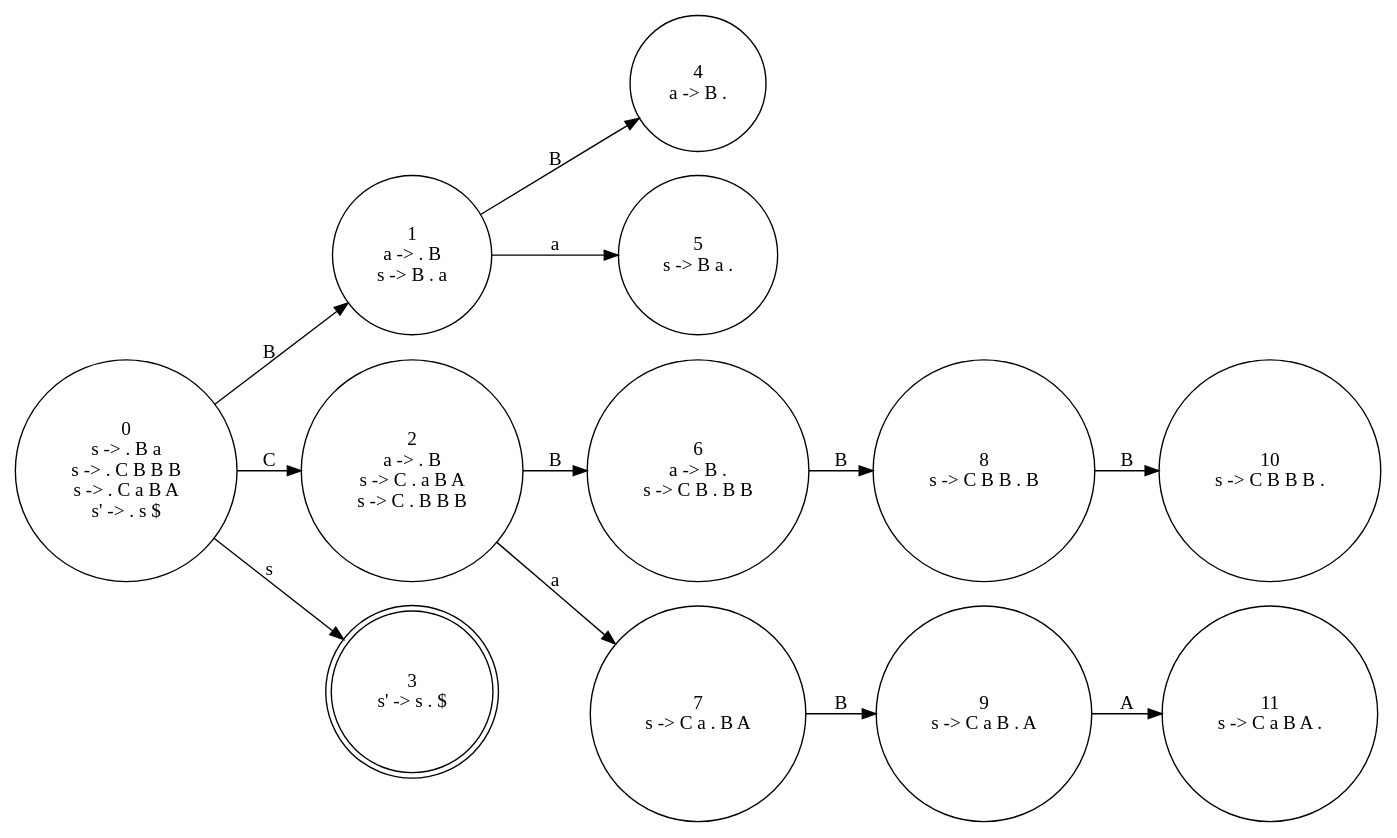
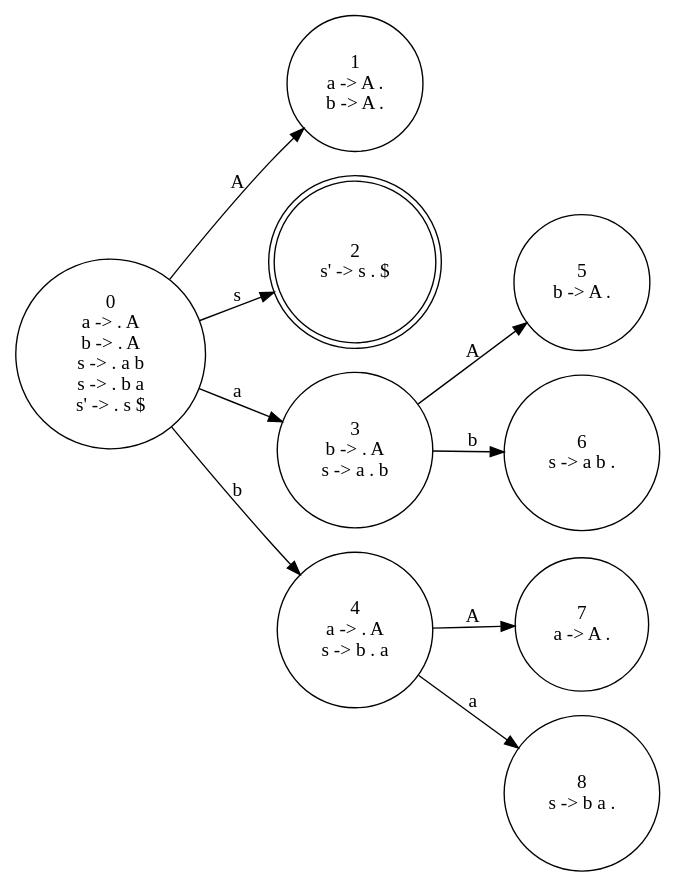
The diagram in LR0_explicit.gv (emiliosolanoo21/parserSLR), drawn with Graphviz before and after one commit. The commit also changed 15 other files, not shown here.

```diff
--- a/LR0_explicit.gv
+++ b/LR0_explicit.gv
@@ -1,46 +1,37 @@
 // LR0
 digraph {
 	rankdir=LR
 	0 [label="0
-s -> . B a
-s -> . C B B B
-s -> . C a B A
+a -> . A
+b -> . A
+s -> . a b
+s -> . b a
 s' -> . s $" shape=circle]
 	1 [label="1
-a -> . B
-s -> B . a" shape=circle]
+a -> A .
+b -> A ." shape=circle]
+	0 -> 1 [label=A]
+	2 [label="2
+s' -> s . $" shape=doublecircle]
+	0 -> 2 [label=s]
+	3 [label="3
+b -> . A
+s -> a . b" shape=circle]
+	5 [label="5
+b -> A ." shape=circle]
+	3 -> 5 [label=A]
+	6 [label="6
+s -> a b ." shape=circle]
+	3 -> 6 [label=b]
+	0 -> 3 [label=a]
 	4 [label="4
-a -> B ." shape=circle]
-	1 -> 4 [label=B]
-	5 [label="5
-s -> B a ." shape=circle]
-	1 -> 5 [label=a]
-	0 -> 1 [label=B]
-	2 [label="2
-a -> . B
-s -> C . a B A
-s -> C . B B B" shape=circle]
-	6 [label="6
-a -> B .
-s -> C B . B B" shape=circle]
+a -> . A
+s -> b . a" shape=circle]
+	7 [label="7
+a -> A ." shape=circle]
+	4 -> 7 [label=A]
 	8 [label="8
-s -> C B B . B" shape=circle]
-	10 [label="10
-s -> C B B B ." shape=circle]
-	8 -> 10 [label=B]
-	6 -> 8 [label=B]
-	2 -> 6 [label=B]
-	7 [label="7
-s -> C a . B A" shape=circle]
-	9 [label="9
-s -> C a B . A" shape=circle]
-	11 [label="11
-s -> C a B A ." shape=circle]
-	9 -> 11 [label=A]
-	7 -> 9 [label=B]
-	2 -> 7 [label=a]
-	0 -> 2 [label=C]
-	3 [label="3
-s' -> s . $" shape=doublecircle]
-	0 -> 3 [label=s]
+s -> b a ." shape=circle]
+	4 -> 8 [label=a]
+	0 -> 4 [label=b]
 }
```
